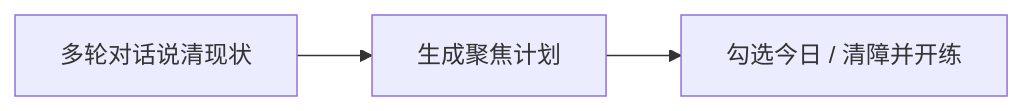
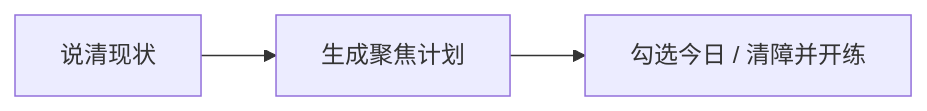
The diagram in apps/docs/guide/action-assistant.md (liuwenji007/regulus-academy), drawn with Mermaid before and after one commit. The commit also changed other lines of this file and 27 other files, not shown here.

````diff
--- a/apps/docs/guide/action-assistant.md
+++ b/apps/docs/guide/action-assistant.md
@@ -17,5 +23,5 @@
 ```mermaid
 flowchart LR
-  talk[多轮对话说清现状] --> plan[生成聚焦计划]
+  talk[说清现状] --> plan[生成聚焦计划]
   plan --> act[勾选今日 / 清障并开练]
 ```
````
